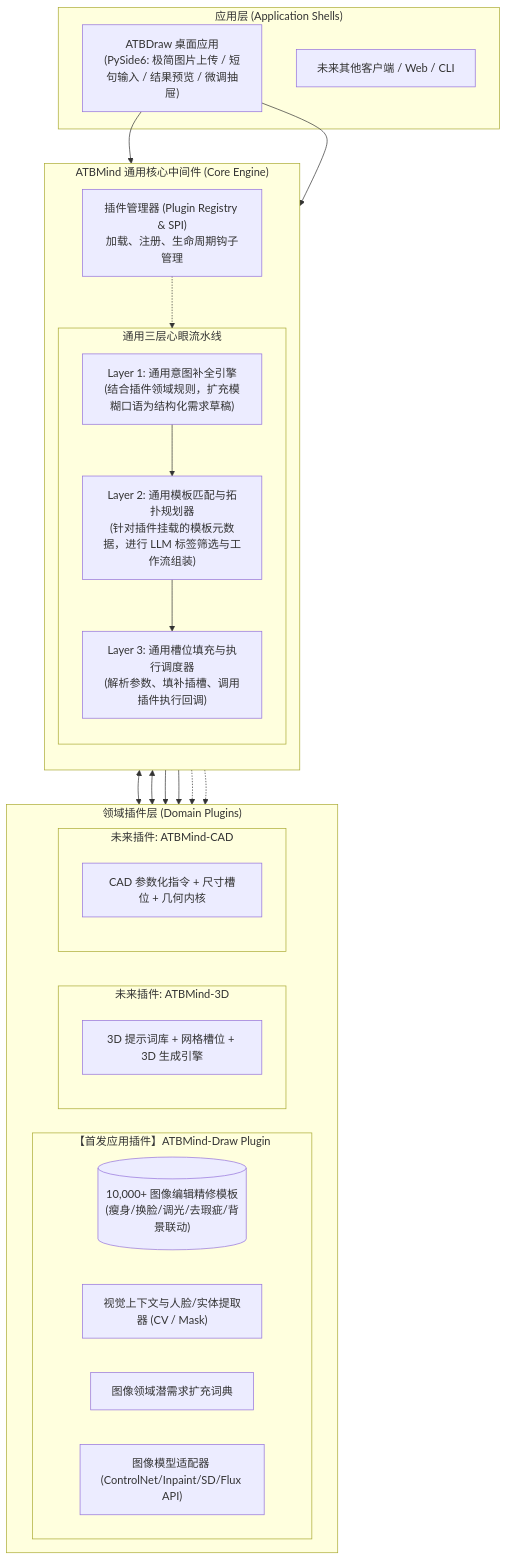
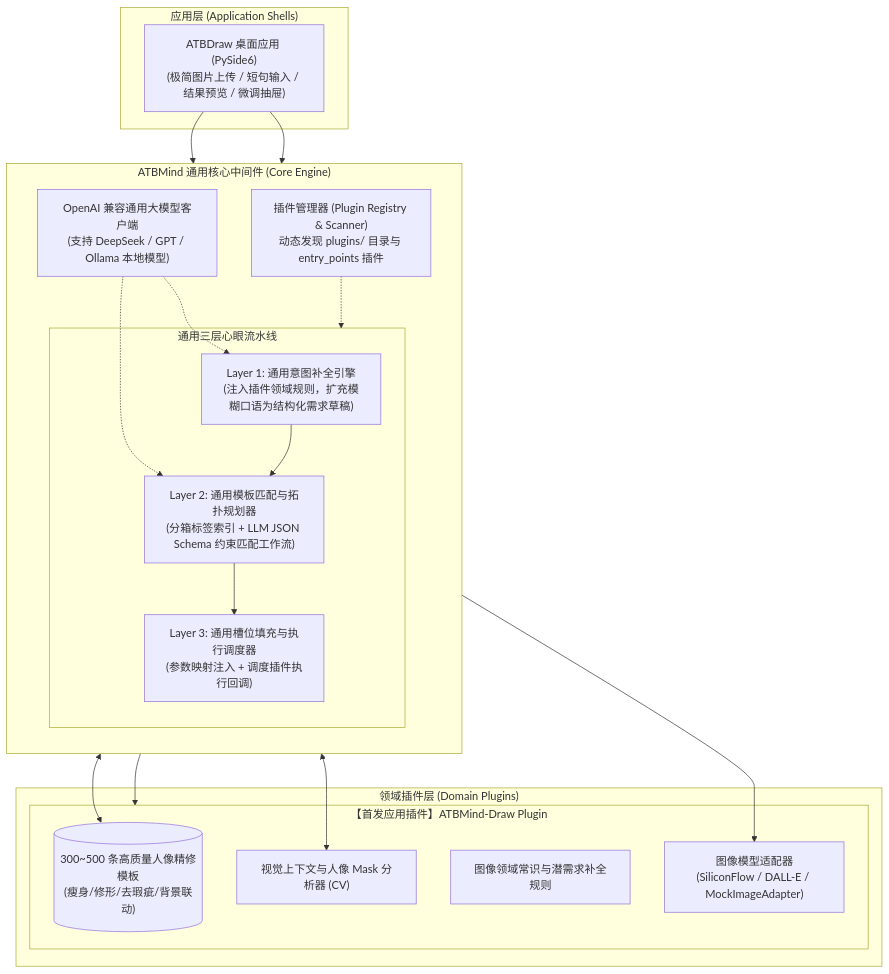
The first of 2 diagrams in docs/design/ATBMind-design.md (aitobox/ATBMind), drawn with Mermaid before and after one commit. The commit also changed other lines of this file, not shown here.

Commit message:
docs: finalize ATBMind architecture spec v1.2.0 incorporating all grill-me decisions

````diff
--- a/docs/design/ATBMind-design.md
+++ b/docs/design/ATBMind-design.md
@@ -74,50 +77,40 @@
 ```mermaid
 flowchart TB
     subgraph ClientApps["应用层 (Application Shells)"]
-        DrawApp["ATBDraw 桌面应用\n(PySide6: 极简图片上传 / 短句输入 / 结果预览 / 微调抽屉)"]
-        FutureApps["未来其他客户端 / Web / CLI"]
+        DrawApp["ATBDraw 桌面应用 (PySide6)\n(极简图片上传 / 短句输入 / 结果预览 / 微调抽屉)"]
     end
 
     subgraph ATBMindCore["ATBMind 通用核心中间件 (Core Engine)"]
         direction TB
         
-        PluginMgr["插件管理器 (Plugin Registry & SPI)\n加载、注册、生命周期钩子管理"]
+        PluginMgr["插件管理器 (Plugin Registry & Scanner)\n动态发现 plugins/ 目录与 entry_points 插件"]
+        LLMClient["OpenAI 兼容通用大模型客户端\n(支持 DeepSeek / GPT / Ollama 本地模型)"]
 
         subgraph CorePipeline["通用三层心眼流水线"]
-            L1["Layer 1: 通用意图补全引擎\n(结合插件领域规则，扩充模糊口语为结构化需求草稿)"]
-            L2["Layer 2: 通用模板匹配与拓扑规划器\n(针对插件挂载的模板元数据，进行 LLM 标签筛选与工作流组装)"]
-            L3["Layer 3: 通用槽位填充与执行调度器\n(解析参数、填补插槽、调用插件执行回调)"]
+            L1["Layer 1: 通用意图补全引擎\n(注入插件领域规则，扩充模糊口语为结构化需求草稿)"]
+            L2["Layer 2: 通用模板匹配与拓扑规划器\n(分箱标签索引 + LLM JSON Schema 约束匹配工作流)"]
+            L3["Layer 3: 通用槽位填充与执行调度器\n(参数映射注入 + 调度插件执行回调)"]
             L1 --> L2 --> L3
         end
 
         PluginMgr -.-> CorePipeline
+        LLMClient -.-> L1
+        LLMClient -.-> L2
     end
 
     subgraph PluginLayer["领域插件层 (Domain Plugins)"]
-        direction LR
-        
         subgraph DrawPlugin["【首发应用插件】ATBMind-Draw Plugin"]
-            DrawTemplates[("10,000+ 图像编辑精修模板\n(瘦身/换脸/调光/去瑕疵/背景联动)")]
-            DrawExtractor["视觉上下文与人脸/实体提取器 (CV / Mask)"]
-            DrawPromptExt["图像领域潜需求扩充词典"]
-            DrawExecutor["图像模型适配器 (ControlNet/Inpaint/SD/Flux API)"]
-        end
-
-        subgraph FuturePlugin1["未来插件: ATBMind-3D"]
-            P3D["3D 提示词库 + 网格槽位 + 3D 生成引擎"]
-        end
-
-        subgraph FuturePlugin2["未来插件: ATBMind-CAD"]
-            PCAD["CAD 参数化指令 + 尺寸槽位 + 几何内核"]
+            DrawTemplates[("300~500 条高质量人像精修模板\n(瘦身/修形/去瑕疵/背景联动)")]
+            DrawExtractor["视觉上下文与人像 Mask 分析器 (CV)"]
+            DrawPromptExt["图像领域常识与潜需求补全规则"]
+            DrawAdapters["图像模型适配器\n(SiliconFlow / DALL-E / MockImageAdapter)"]
         end
     end
 
     DrawApp --> PluginMgr
     DrawApp --> CorePipeline
     PluginMgr --> DrawPlugin
-    PluginMgr -.-> FuturePlugin1
-    PluginMgr -.-> FuturePlugin2
     L1 <--> DrawExtractor
     L2 <--> DrawTemplates
-    L3 --> DrawExecutor
+    L3 --> DrawAdapters
 ```
````
